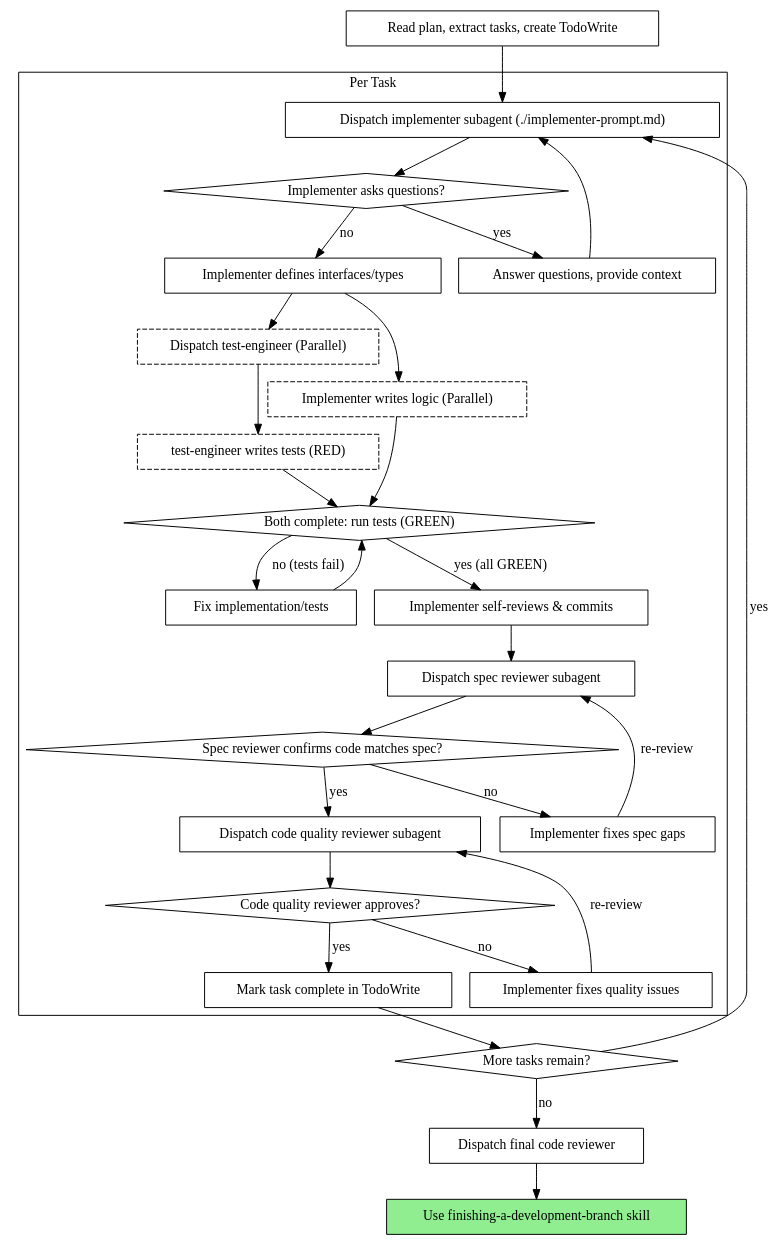
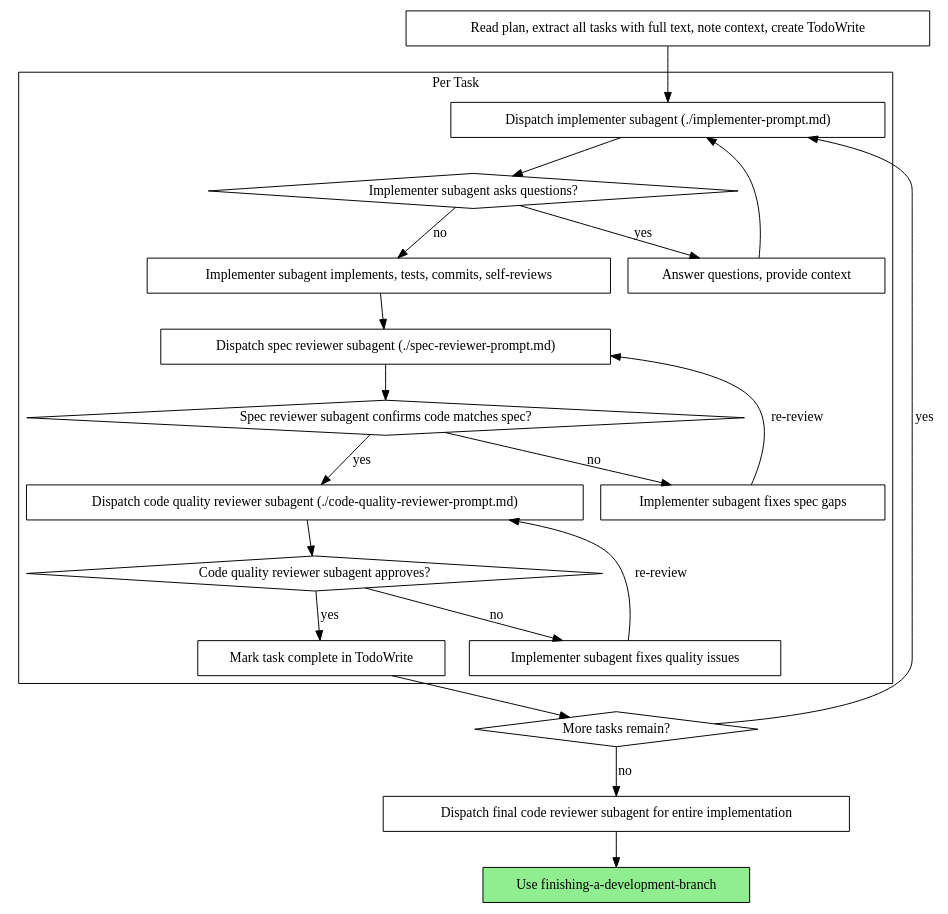
Before and after one commit to transparent-pegasus/superpowers-extended: the second of 2 diagrams in .claude/skills/subagent-driven-development/SKILL.md, drawn with Graphviz. The commit also changed other lines of this file and 7 other files, not shown here.

First line of the commit message:
feat(skills): refresh subagent-driven-development from upstream v5.1.0

````diff
--- a/.claude/skills/subagent-driven-development/SKILL.md
+++ b/.claude/skills/subagent-driven-development/SKILL.md
@@ -40,62 +53,44 @@
 ```dot
 digraph process {
     rankdir=TB;
 
     subgraph cluster_per_task {
         label="Per Task";
         "Dispatch implementer subagent (./implementer-prompt.md)" [shape=box];
-        "Implementer asks questions?" [shape=diamond];
+        "Implementer subagent asks questions?" [shape=diamond];
         "Answer questions, provide context" [shape=box];
-        "Implementer defines interfaces/types" [shape=box];
-        "Dispatch test-engineer (Parallel)" [shape=box style=dashed];
-        "Implementer writes logic (Parallel)" [shape=box style=dashed];
-        "test-engineer writes tests (RED)" [shape=box style=dashed];
-        "Both complete: run tests (GREEN)" [shape=diamond];
-        "Fix implementation/tests" [shape=box];
-        "Implementer self-reviews & commits" [shape=box];
-        "Dispatch spec reviewer subagent" [shape=box];
-        "Spec reviewer confirms code matches spec?" [shape=diamond];
-        "Implementer fixes spec gaps" [shape=box];
-        "Dispatch code quality reviewer subagent" [shape=box];
-        "Code quality reviewer approves?" [shape=diamond];
-        "Implementer fixes quality issues" [shape=box];
+        "Implementer subagent implements, tests, commits, self-reviews" [shape=box];
+        "Dispatch spec reviewer subagent (./spec-reviewer-prompt.md)" [shape=box];
+        "Spec reviewer subagent confirms code matches spec?" [shape=diamond];
+        "Implementer subagent fixes spec gaps" [shape=box];
+        "Dispatch code quality reviewer subagent (./code-quality-reviewer-prompt.md)" [shape=box];
+        "Code quality reviewer subagent approves?" [shape=diamond];
+        "Implementer subagent fixes quality issues" [shape=box];
         "Mark task complete in TodoWrite" [shape=box];
     }
 
-    "Read plan, extract tasks, create TodoWrite" [shape=box];
+    "Read plan, extract all tasks with full text, note context, create TodoWrite" [shape=box];
     "More tasks remain?" [shape=diamond];
-    "Dispatch final code reviewer" [shape=box];
-    "Use finishing-a-development-branch skill" [shape=box style=filled fillcolor=lightgreen];
+    "Dispatch final code reviewer subagent for entire implementation" [shape=box];
+    "Use finishing-a-development-branch" [shape=box style=filled fillcolor=lightgreen];
 
-    "Read plan, extract tasks, create TodoWrite" -> "Dispatch implementer subagent (./implementer-prompt.md)";
-    "Dispatch implementer subagent (./implementer-prompt.md)" -> "Implementer asks questions?";
-    "Implementer asks questions?" -> "Answer questions, provide context" [label="yes"];
+    "Read plan, extract all tasks with full text, note context, create TodoWrite" -> "Dispatch implementer subagent (./implementer-prompt.md)";
+    "Dispatch implementer subagent (./implementer-prompt.md)" -> "Implementer subagent asks questions?";
+    "Implementer subagent asks questions?" -> "Answer questions, provide context" [label="yes"];
     "Answer questions, provide context" -> "Dispatch implementer subagent (./implementer-prompt.md)";
-    "Implementer asks questions?" -> "Implementer defines interfaces/types" [label="no"];
-    
-    "Implementer defines interfaces/types" -> "Dispatch test-engineer (Parallel)";
-    "Implementer defines interfaces/types" -> "Implementer writes logic (Parallel)";
-    "Dispatch test-engineer (Parallel)" -> "test-engineer writes tests (RED)";
-    
-    "Implementer writes logic (Parallel)" -> "Both complete: run tests (GREEN)";
-    "test-engineer writes tests (RED)" -> "Both complete: run tests (GREEN)";
-    
-    "Both complete: run tests (GREEN)" -> "Fix implementation/tests" [label="no (tests fail)"];
-    "Fix implementation/tests" -> "Both complete: run tests (GREEN)";
-    "Both complete: run tests (GREEN)" -> "Implementer self-reviews & commits" [label="yes (all GREEN)"];
-    
-    "Implementer self-reviews & commits" -> "Dispatch spec reviewer subagent";
-    "Dispatch spec reviewer subagent" -> "Spec reviewer confirms code matches spec?";
-    "Spec reviewer confirms code matches spec?" -> "Implementer fixes spec gaps" [label="no"];
-    "Implementer fixes spec gaps" -> "Dispatch spec reviewer subagent" [label="re-review"];
-    "Spec reviewer confirms code matches spec?" -> "Dispatch code quality reviewer subagent" [label="yes"];
-    "Dispatch code quality reviewer subagent" -> "Code quality reviewer approves?";
-    "Code quality reviewer approves?" -> "Implementer fixes quality issues" [label="no"];
-    "Implementer fixes quality issues" -> "Dispatch code quality reviewer subagent" [label="re-review"];
-    "Code quality reviewer approves?" -> "Mark task complete in TodoWrite" [label="yes"];
+    "Implementer subagent asks questions?" -> "Implementer subagent implements, tests, commits, self-reviews" [label="no"];
+    "Implementer subagent implements, tests, commits, self-reviews" -> "Dispatch spec reviewer subagent (./spec-reviewer-prompt.md)";
+    "Dispatch spec reviewer subagent (./spec-reviewer-prompt.md)" -> "Spec reviewer subagent confirms code matches spec?";
+    "Spec reviewer subagent confirms code matches spec?" -> "Implementer subagent fixes spec gaps" [label="no"];
+    "Implementer subagent fixes spec gaps" -> "Dispatch spec reviewer subagent (./spec-reviewer-prompt.md)" [label="re-review"];
+    "Spec reviewer subagent confirms code matches spec?" -> "Dispatch code quality reviewer subagent (./code-quality-reviewer-prompt.md)" [label="yes"];
+    "Dispatch code quality reviewer subagent (./code-quality-reviewer-prompt.md)" -> "Code quality reviewer subagent approves?";
+    "Code quality reviewer subagent approves?" -> "Implementer subagent fixes quality issues" [label="no"];
+    "Implementer subagent fixes quality issues" -> "Dispatch code quality reviewer subagent (./code-quality-reviewer-prompt.md)" [label="re-review"];
+    "Code quality reviewer subagent approves?" -> "Mark task complete in TodoWrite" [label="yes"];
     "Mark task complete in TodoWrite" -> "More tasks remain?";
     "More tasks remain?" -> "Dispatch implementer subagent (./implementer-prompt.md)" [label="yes"];
-    "More tasks remain?" -> "Dispatch final code reviewer" [label="no"];
-    "Dispatch final code reviewer" -> "Use finishing-a-development-branch skill";
+    "More tasks remain?" -> "Dispatch final code reviewer subagent for entire implementation" [label="no"];
+    "Dispatch final code reviewer subagent for entire implementation" -> "Use finishing-a-development-branch";
 }
 ```
````
